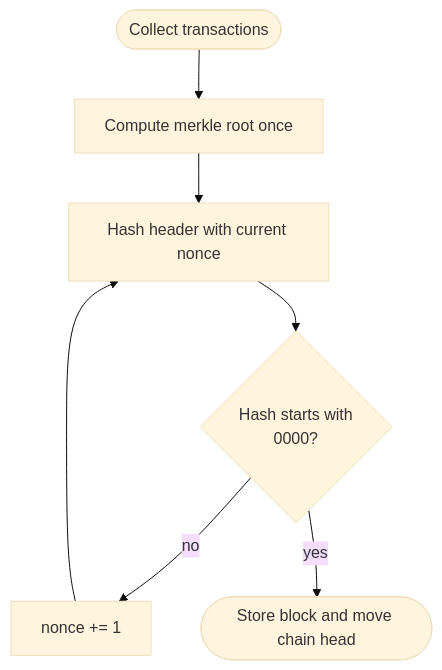
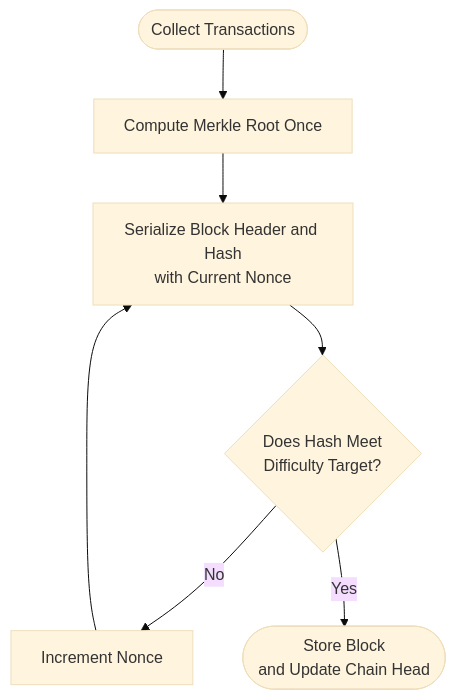
Before and after one commit to walidwh21/MiniChain: the fifth of 9 diagrams in README.md, drawn with Mermaid (base theme). The commit also changed other lines of this file, not shown here.

````diff
--- a/README.md
+++ b/README.md
@@ -164,9 +176,11 @@
 ```mermaid
 flowchart TD
-    A(["Collect transactions"]) --> B["Compute merkle root once"]
-    B --> C["Hash header with current nonce"]
-    C --> D{"Hash starts with<br/>0000?"}
-    D -- no --> E["nonce += 1"]
+    A(["Collect Transactions"]) --> B["Compute Merkle Root Once"]
+    B --> C["Serialize Block Header and Hash<br/>with Current Nonce"]
+    C --> D{"Does Hash Meet<br/>Difficulty Target?"}
+
+    D -- No --> E["Increment Nonce"]
     E --> C
-    D -- yes --> F(["Store block and move chain head"])
+
+    D -- Yes --> F(["Store Block<br/>and Update Chain Head"])
 ```
````
